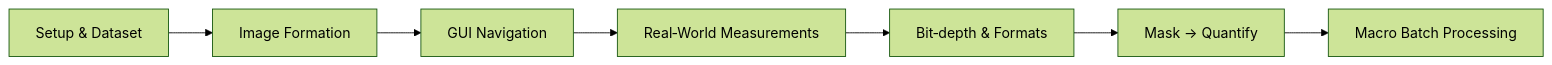
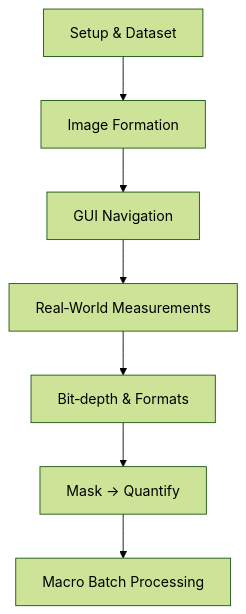
The diagram in README.md (Daniel-Waiger/2025-GloBIAS-CNR-Naples-Fiji-for-Absolute-Beginners), drawn with Mermaid (forest theme) before and after one commit.

````diff
--- a/README.md
+++ b/README.md
@@ -34,9 +34,9 @@
 ```mermaid
-graph LR
+flowchart TD
     A[Setup & Dataset] --> B[Image Formation]
     B --> C[GUI Navigation]
     C --> D[Real‑World Measurements]
     D --> E[Bit‑depth & Formats]
     E --> F[Mask → Quantify]
     F --> G[Macro Batch Processing]
 ```
````
